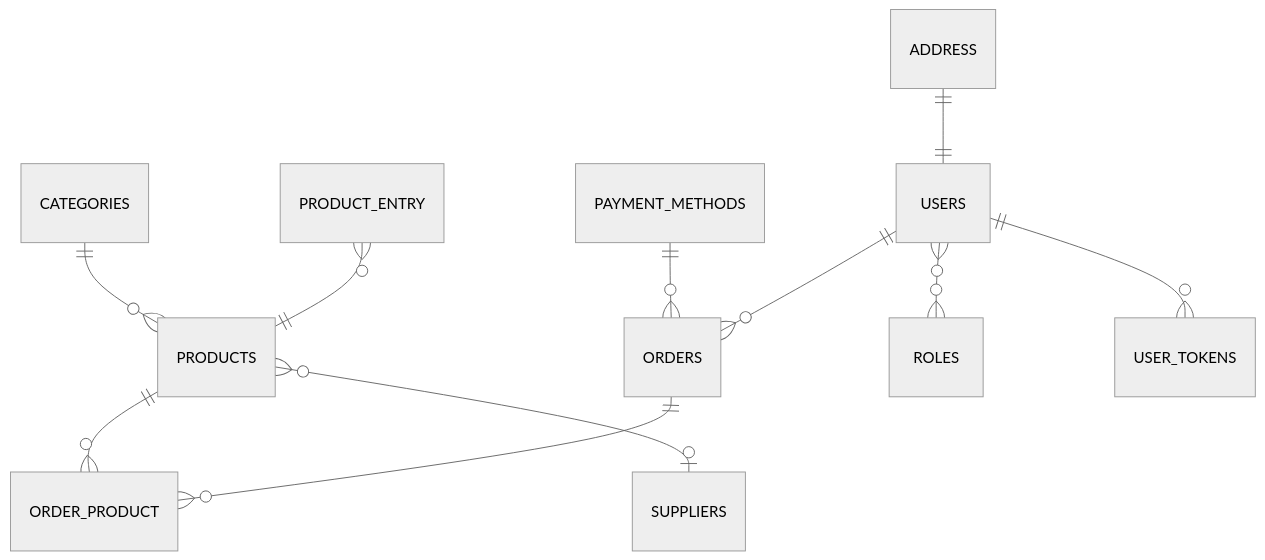
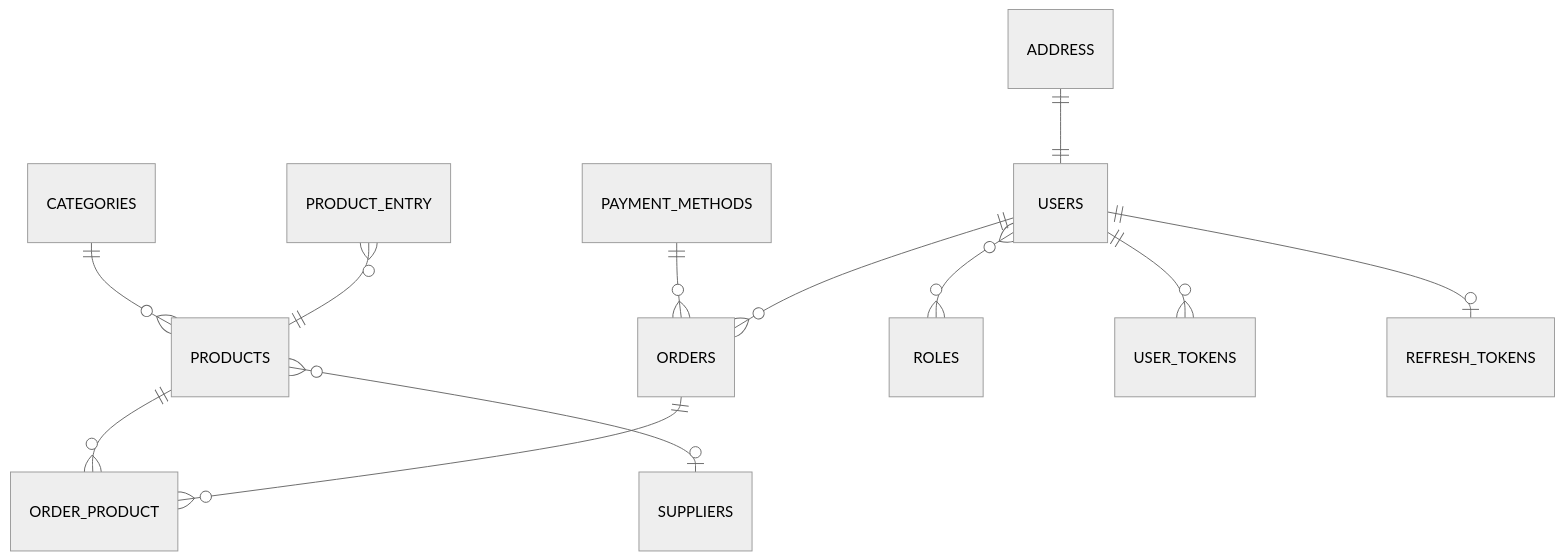
Before and after one commit to DelanoAlmeidaFilho/delivery_project: the diagram in README.md, drawn with Mermaid (neutral theme). The commit also changed 16 other files, not shown here.

````diff
--- a/README.md
+++ b/README.md
@@ -5,13 +5,14 @@
 ```mermaid
 erDiagram
     CATEGORIES ||--o{ PRODUCTS : ""
     PRODUCTS ||--o{ ORDER_PRODUCT : ""
     ORDERS ||--o{ ORDER_PRODUCT : ""
     PAYMENT_METHODS ||--o{ ORDERS: ""
     USERS }o--o{ ROLES : ""
     USERS ||--o{ USER_TOKENS : ""
     ADDRESS ||--|| USERS : ""
     PRODUCT_ENTRY}o--|| PRODUCTS : ""
     USERS ||--o{ ORDERS : ""
     PRODUCTS }o--o| SUPPLIERS : ""
+    USERS ||--o| REFRESH_TOKENS : ""
 ```
````
